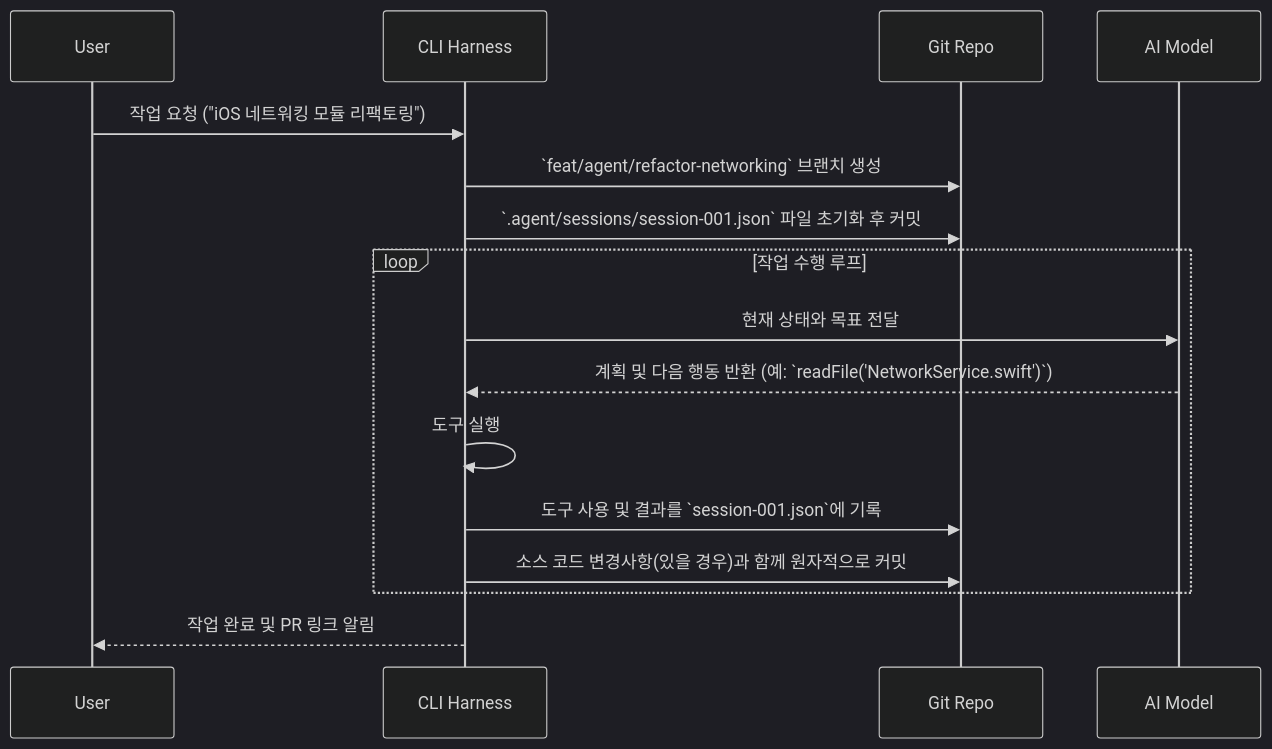
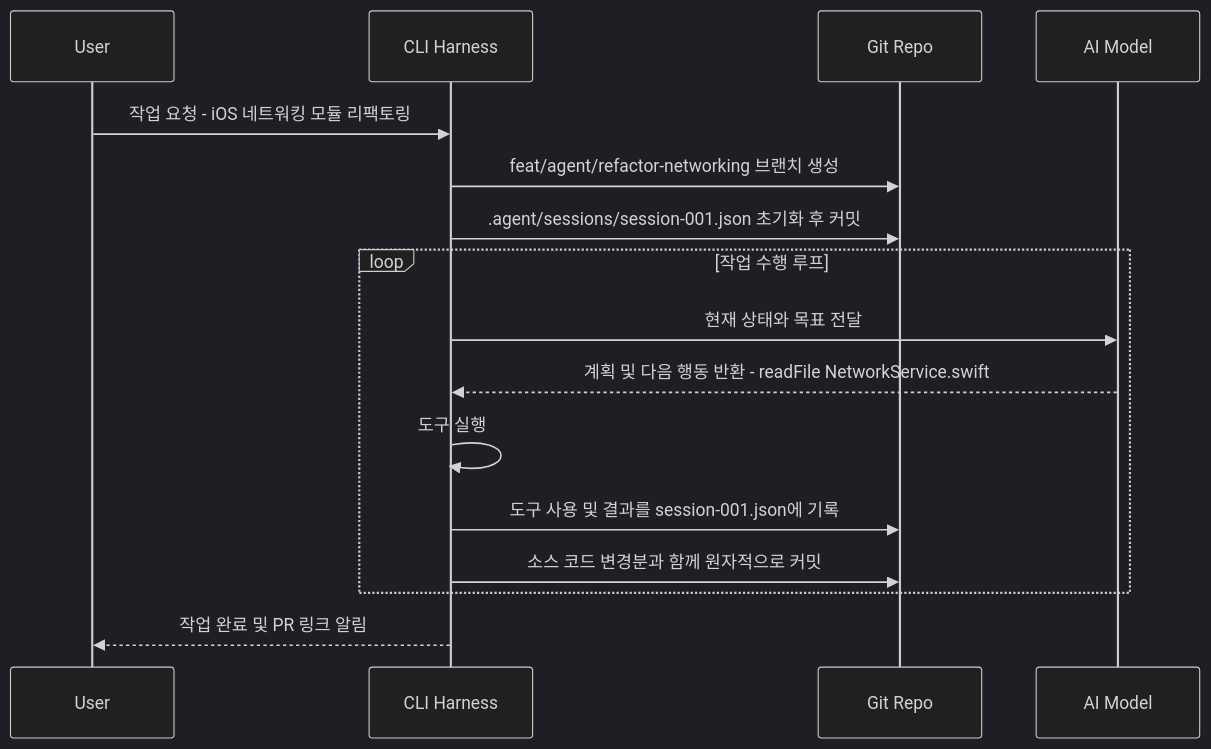
The diagram in content/harness-engineering/ai-agent-workflow-git-traceability-reproducibility.mdx (Mino777/ai-study), drawn with Mermaid (dark theme) before and after one commit. The commit also changed other lines of this file and 14 other files, not shown here.

````diff
--- a/content/harness-engineering/ai-agent-workflow-git-traceability-reproducibility.mdx
+++ b/content/harness-engineering/ai-agent-workflow-git-traceability-reproducibility.mdx
@@ -57,19 +64,19 @@
 ```mermaid
 sequenceDiagram
     participant User
-    participant CLI Harness
-    participant Git Repo
-    participant AI Model
+    participant Harness as CLI Harness
+    participant Repo as Git Repo
+    participant Model as AI Model
 
-    User->>CLI Harness: 작업 요청 ("iOS 네트워킹 모듈 리팩토링")
-    CLI Harness->>Git Repo: `feat/agent/refactor-networking` 브랜치 생성
-    CLI Harness->>Git Repo: `.agent/sessions/session-001.json` 파일 초기화 후 커밋
+    User->>Harness: 작업 요청 - iOS 네트워킹 모듈 리팩토링
+    Harness->>Repo: feat/agent/refactor-networking 브랜치 생성
+    Harness->>Repo: .agent/sessions/session-001.json 초기화 후 커밋
     loop 작업 수행 루프
-        CLI Harness->>AI Model: 현재 상태와 목표 전달
-        AI Model-->>CLI Harness: 계획 및 다음 행동 반환 (예: `readFile('NetworkService.swift')`)
-        CLI Harness->>CLI Harness: 도구 실행
-        CLI Harness->>Git Repo: 도구 사용 및 결과를 `session-001.json`에 기록
-        CLI Harness->>Git Repo: 소스 코드 변경사항(있을 경우)과 함께 원자적으로 커밋
+        Harness->>Model: 현재 상태와 목표 전달
+        Model-->>Harness: 계획 및 다음 행동 반환 - readFile NetworkService.swift
+        Harness->>Harness: 도구 실행
+        Harness->>Repo: 도구 사용 및 결과를 session-001.json에 기록
+        Harness->>Repo: 소스 코드 변경분과 함께 원자적으로 커밋
     end
-    CLI Harness-->>User: 작업 완료 및 PR 링크 알림
+    Harness-->>User: 작업 완료 및 PR 링크 알림
 ```
````
